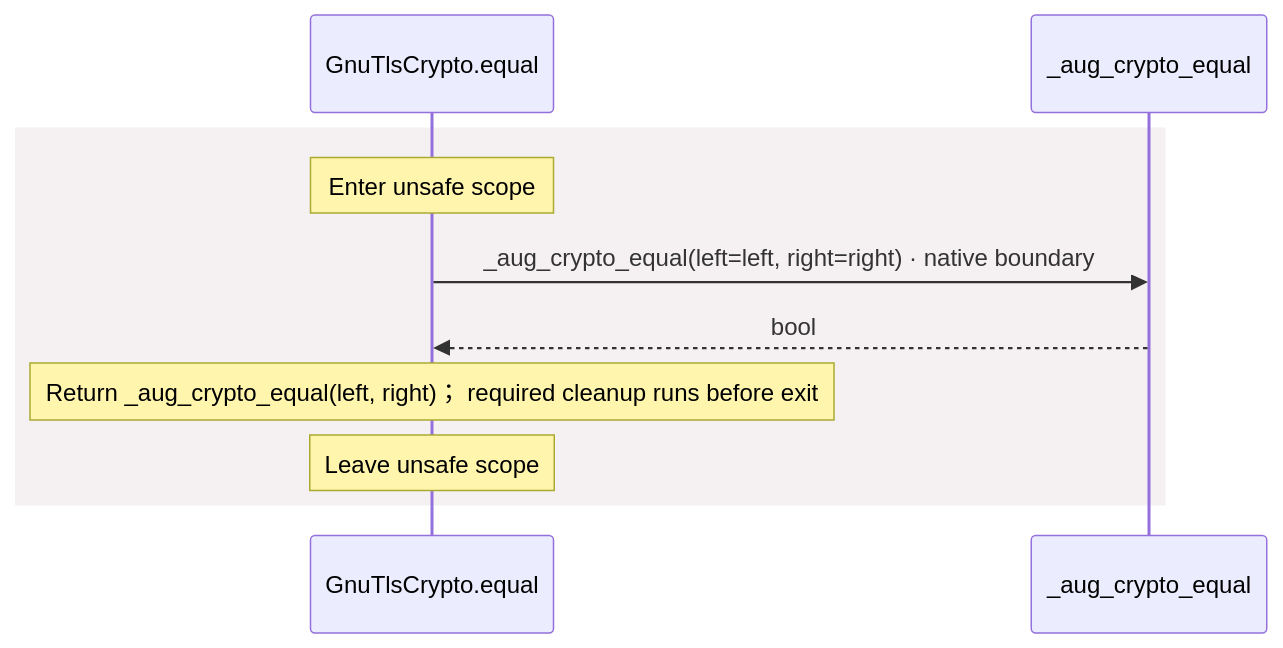
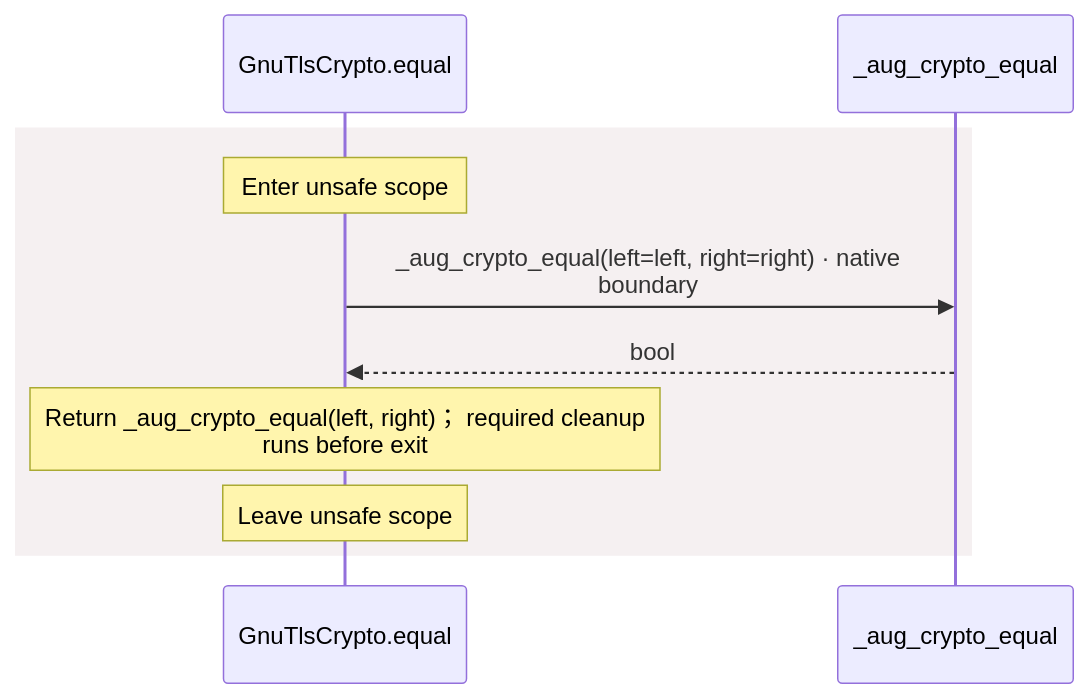
Before and after one commit to GreenPandaStudios/augscript: diagram 11 of 14 in docs/examples/oidc-login/dependencies/packages/@git/url_9ef654c66d34ab8f5527/0.0.0-git.b14a0f9aa41f1ce58bd51133bcdc424033e40d40/contracts-diagrams.md, drawn with Mermaid. The commit also changed other lines of this file and 200 other files, not shown here.

Commit message:
Group imported operations and wrap readable sequence messages

````diff
--- a/docs/examples/oidc-login/dependencies/packages/@git/url_9ef654c66d34ab8f5527/0.0.0-git.b14a0f9aa41f1ce58bd51133bcdc424033e40d40/contracts-diagrams.md
+++ b/docs/examples/oidc-login/dependencies/packages/@git/url_9ef654c66d34ab8f5527/0.0.0-git.b14a0f9aa41f1ce58bd51133bcdc424033e40d40/contracts-diagrams.md
@@ -431,12 +431,12 @@
 ```mermaid
 sequenceDiagram
     participant p0 as GnuTlsCrypto.equal
     participant p1 as _aug_crypto_equal
     rect rgb(245, 240, 241)
     Note over p0: Enter unsafe scope
-    p0->>p1: _aug_crypto_equal(left=left, right=right) · native boundary
+    p0->>p1: _aug_crypto_equal(left=left, right=right) · native<br/>boundary
     p1-->>p0: bool
-    Note over p0: Return _aug_crypto_equal(left, right)； required cleanup runs before exit
+    Note over p0: Return _aug_crypto_equal(left, right)； required cleanup<br/>runs before exit
     Note over p0: Leave unsafe scope
     end
 ```
````
